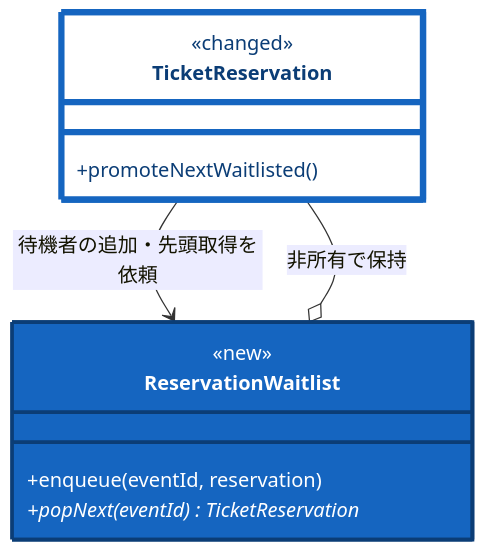
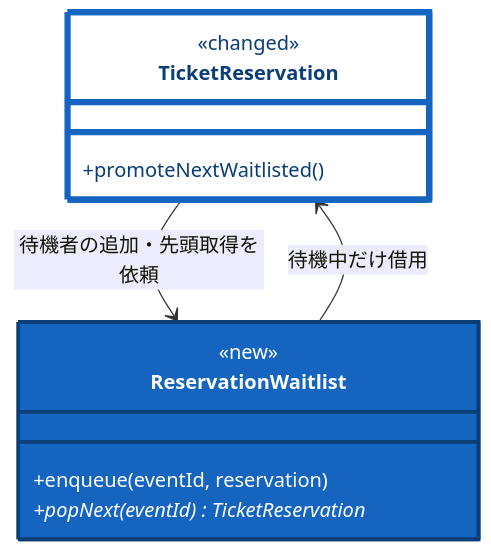
Before and after one commit to kumachan1101-pixel/DesignPattern: diagram 11 of 20 in kindle/design-patterns/books/volume01-core-patterns/output/04-chapter02.md, drawn with Mermaid. The commit also changed other lines of this file and 41 other files, not shown here.

````diff
--- a/kindle/design-patterns/books/volume01-core-patterns/output/04-chapter02.md
+++ b/kindle/design-patterns/books/volume01-core-patterns/output/04-chapter02.md
@@ -1672,18 +1726,18 @@
 ```mermaid
 classDiagram
     direction TB
     class TicketReservation:::touched {
         <<changed>>
         +promoteNextWaitlisted()
     }
     class ReservationWaitlist:::added {
         <<new>>
         +enqueue(eventId, reservation)
         +popNext(eventId) TicketReservation*
     }
     TicketReservation --> ReservationWaitlist : 待機者の追加・先頭取得を依頼
-    ReservationWaitlist o-- TicketReservation : 非所有で保持
+    ReservationWaitlist --> TicketReservation : 待機中だけ借用
 
     classDef added fill:#1565c0,stroke:#0b3d76,stroke-width:3px,color:#ffffff;
     classDef touched fill:#ffffff,stroke:#1565c0,stroke-width:5px,color:#0b3d76;
 ```
````
